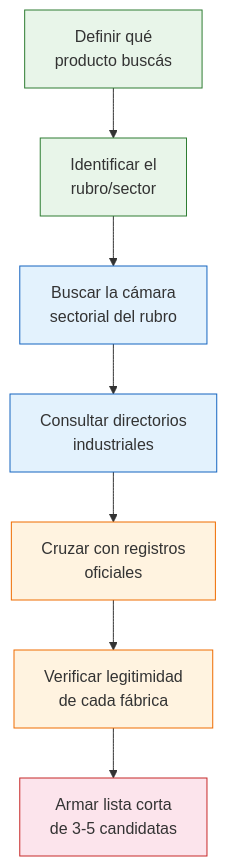
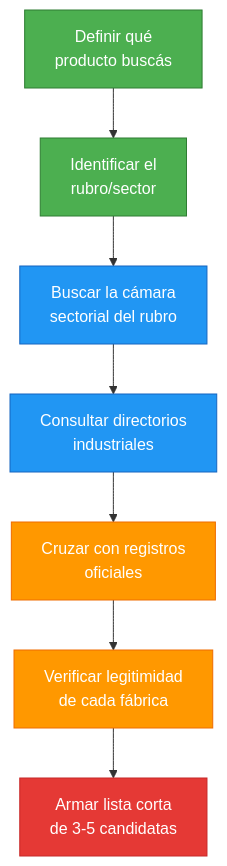
Before and after one commit to barrosignacioezequiel-coder/docs: the diagram in app/paso1-argentina/encontrar-fabricas/estrategia-busqueda.mdx, drawn with Mermaid. The commit also changed 66 other files, not shown here.

First line of the commit message:
fix: resolve Mermaid v11 numbered list errors + improve contrast

````diff
--- a/app/paso1-argentina/encontrar-fabricas/estrategia-busqueda.mdx
+++ b/app/paso1-argentina/encontrar-fabricas/estrategia-busqueda.mdx
@@ -31,17 +31,17 @@
 ```mermaid
 graph TD
     A["Definir qué<br/>producto buscás"] --> B["Identificar el<br/>rubro/sector"]
     B --> C["Buscar la cámara<br/>sectorial del rubro"]
     C --> D["Consultar directorios<br/>industriales"]
     D --> E["Cruzar con registros<br/>oficiales"]
     E --> F["Verificar legitimidad<br/>de cada fábrica"]
     F --> G["Armar lista corta<br/>de 3-5 candidatas"]
 
-    style A fill:#e8f5e9,stroke:#2e7d32
-    style B fill:#e8f5e9,stroke:#2e7d32
-    style C fill:#e3f2fd,stroke:#1565c0
-    style D fill:#e3f2fd,stroke:#1565c0
-    style E fill:#fff3e0,stroke:#ef6c00
-    style F fill:#fff3e0,stroke:#ef6c00
-    style G fill:#fce4ec,stroke:#c62828
+    style A fill:#4caf50,stroke:#2e7d32,color:#fff
+    style B fill:#4caf50,stroke:#2e7d32,color:#fff
+    style C fill:#2196f3,stroke:#1565c0,color:#fff
+    style D fill:#2196f3,stroke:#1565c0,color:#fff
+    style E fill:#ff9800,stroke:#ef6c00,color:#fff
+    style F fill:#ff9800,stroke:#ef6c00,color:#fff
+    style G fill:#e53935,stroke:#c62828,color:#fff
 ```
````
